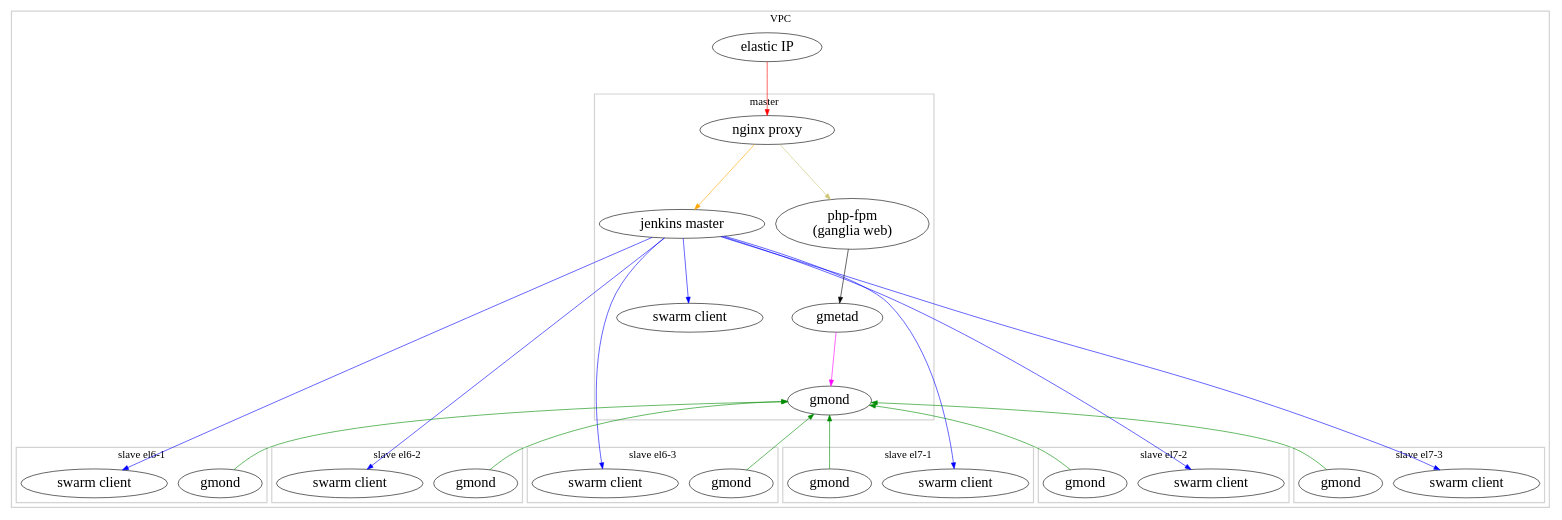
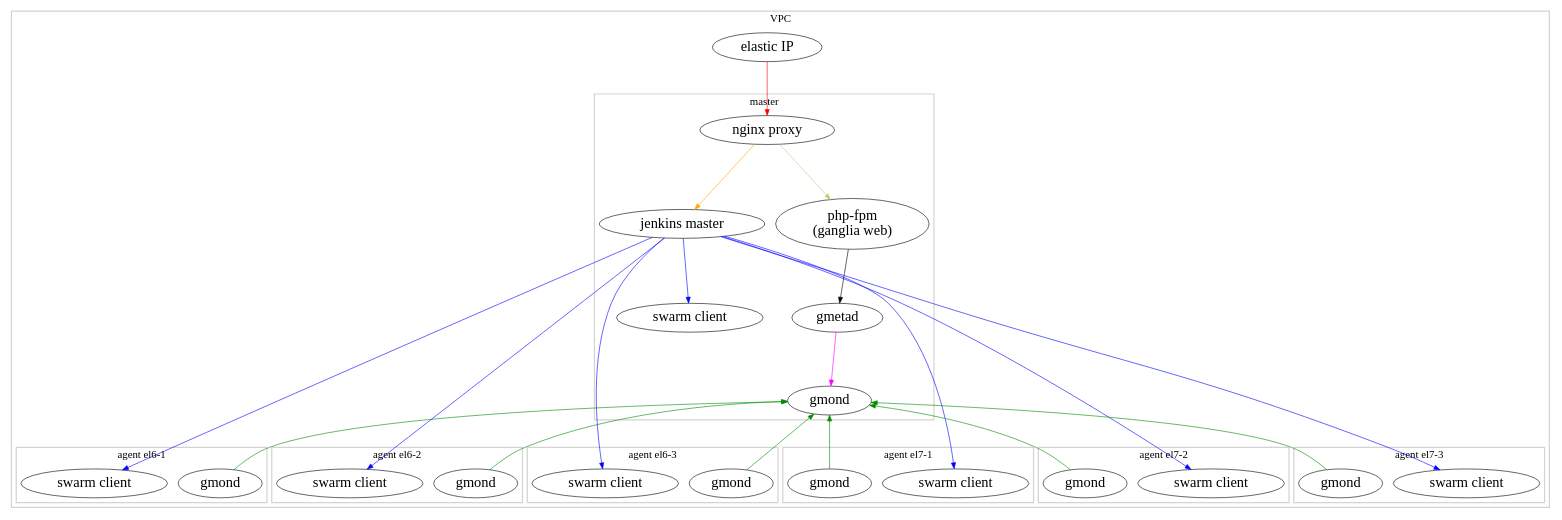
The diagram in docs/aws_vpc.dot (lsst-sqre/deploy-jenkins), drawn with Graphviz before and after one commit.

Commit message:
Change to "agent" terminology.

```diff
--- a/docs/aws_vpc.dot
+++ b/docs/aws_vpc.dot
@@ -1,126 +1,126 @@
 digraph top {
 //  dpi=100
   ranksep=1.25
   rankdir=TB
   overlap=false
   clusterrank=local
 
   {
     node [shape=ellipse fontsize=24 style=filled fillcolor=white]
     eip [label="elastic IP"]
     nginx [label="nginx proxy"]
     jmaster [label="jenkins master"]
     jswarm [label="swarm client"]
     jel61 [label="swarm client"]
     jel61 [label="swarm client"]
     jel62 [label="swarm client"]
     jel63 [label="swarm client"]
     jel71 [label="swarm client"]
     jel72 [label="swarm client"]
     jel73 [label="swarm client"]
 
     phpfpm [label="php-fpm\n(ganglia web)"]
     gmetad
     gmond
 
     gel61 [label="gmond"]
     gel62 [label="gmond"]
     gel63 [label="gmond"]
     gel71 [label="gmond"]
     gel72 [label="gmond"]
     gel73 [label="gmond"]
   }
 
   color=lightgrey
   fontsize=18
   style=bold
 
 
   subgraph cluster_0 {
     label="VPC"
 
     eip
 
     subgraph cluster_1 {
       label="master"
       nginx
       jmaster
       jswarm
       phpfpm
       gmetad
       gmond
     }
 
     subgraph cluster_2 {
-      label="slave el6-1"
+      label="agent el6-1"
 
       jel61
       gel61
     }
     subgraph cluster_3 {
-      label="slave el6-2"
+      label="agent el6-2"
       jel62
       gel62
     }
     subgraph cluster_4 {
-      label="slave el6-3"
+      label="agent el6-3"
       jel63
       gel63
     }
 
     subgraph cluster_5 {
-      label="slave el7-1"
+      label="agent el7-1"
       jel71
       gel71
     }
     subgraph cluster_6 {
-      label="slave el7-2"
+      label="agent el7-2"
       jel72
       gel72
     }
     subgraph cluster_7 {
-      label="slave el7-3"
+      label="agent el7-3"
       jel73
       gel73
     }
   }
 
   // https
   edge [color=red]
   eip -> nginx
 
   // http
   edge [color=orange]
   nginx -> jmaster
 
   // jnlp
   edge [color=blue]
   jmaster -> jswarm
   jmaster -> jel61
   jmaster -> jel62
   jmaster -> jel63
   jmaster -> jel71
   jmaster -> jel72
   jmaster -> jel73
 
   // fastcgi
   edge [color=khaki3]
   nginx -> phpfpm
 
   // filesystem
   edge [color=black]
   phpfpm -> gmetad
 
   // ganglia xml
   edge [color=magenta]
   gmetad -> gmond
 
   // gmond
   edge [color=green4]
   gmond -> gel61 [dir=back]
   gmond -> gel62 [dir=back]
   gmond -> gel63 [dir=back]
   gmond -> gel71 [dir=back]
   gmond -> gel72 [dir=back]
   gmond -> gel73 [dir=back]
 }
```
